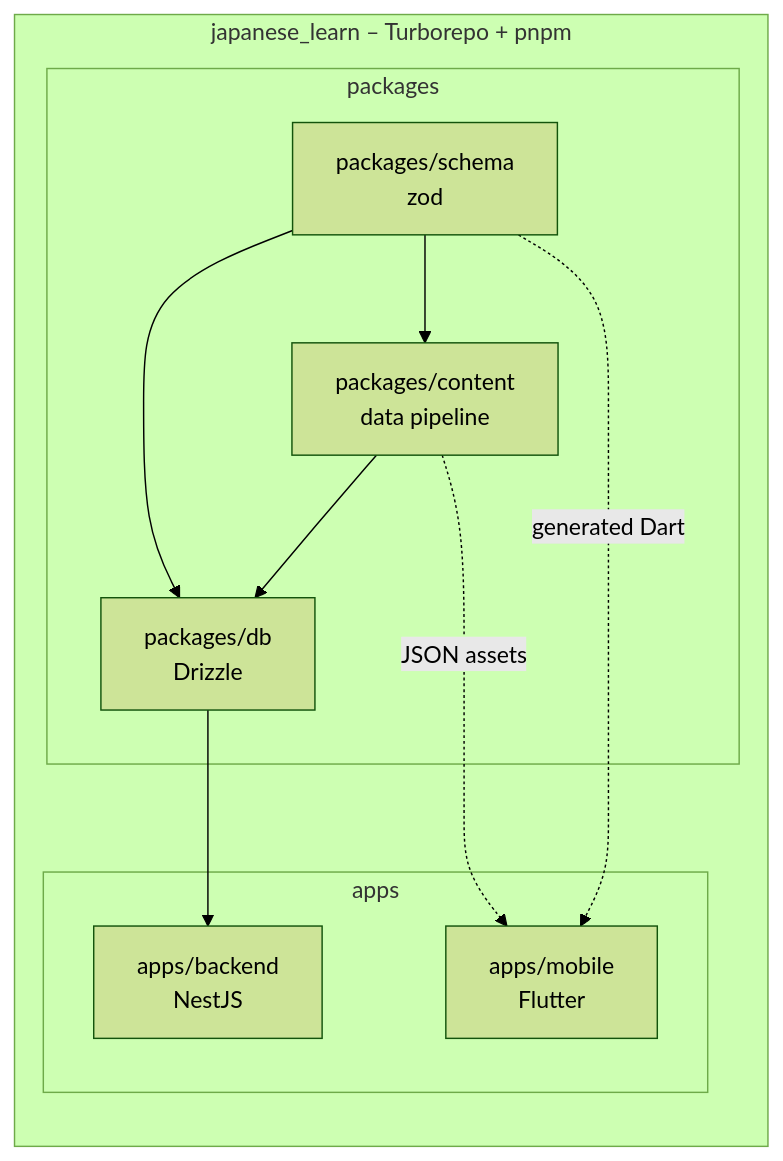
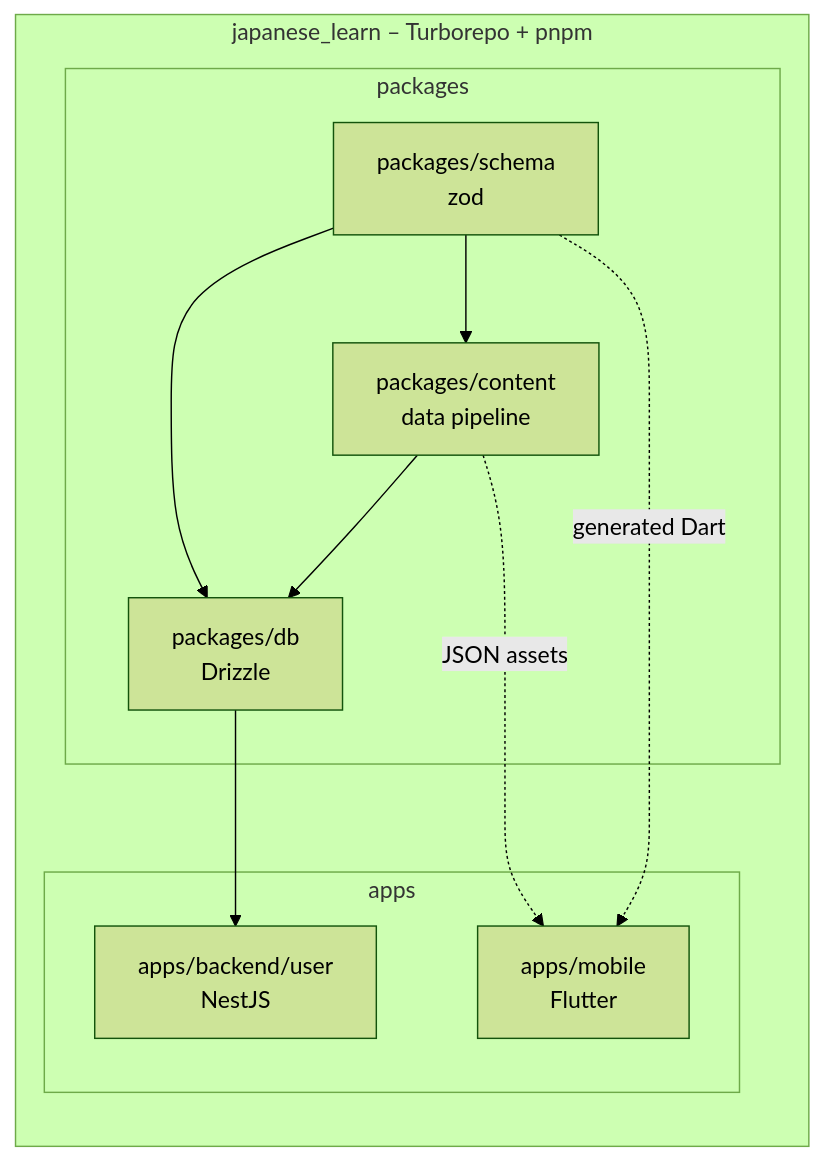
Before and after one commit to daze17/nihongo: the fourth of 7 diagrams in PLAN.md, drawn with Mermaid (forest theme). The commit also changed other lines of this file and 70 other files, not shown here.

First line of the commit message:
Move API onto oRPC, add repository layer, relocate backend to apps/backend/user

````diff
--- a/PLAN.md
+++ b/PLAN.md
@@ -117,19 +135,19 @@
 ```mermaid
 flowchart LR
     subgraph repo[japanese_learn  –  Turborepo + pnpm]
         direction TB
         subgraph apps
             MOB[apps/mobile<br/>Flutter]
-            APIX[apps/backend<br/>NestJS]
+            APIX[apps/backend/user<br/>NestJS]
         end
         subgraph packages
             SCH[packages/schema<br/>zod]
             DBP[packages/db<br/>Drizzle]
             CNT[packages/content<br/>data pipeline]
         end
         SCH --> DBP --> APIX
         SCH --> CNT --> DBP
         SCH -. generated Dart .-> MOB
         CNT -. JSON assets .-> MOB
     end
 ```
````
